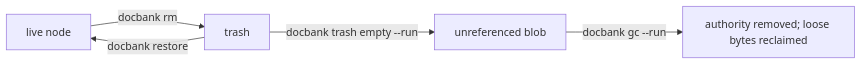
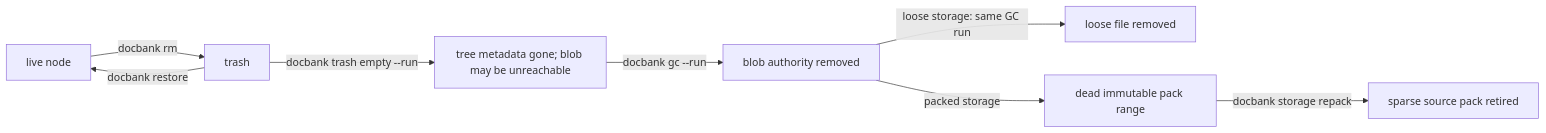
One commit to kenn-io/docbank changed the diagram in docs/usage/trash-and-gc.md. Above: the diagram before and after it, drawn with Mermaid. The commit also changed other lines of this file and 13 other files, not shown here.

````diff
--- a/docs/usage/trash-and-gc.md
+++ b/docs/usage/trash-and-gc.md
@@ -12,7 +13,10 @@
 ```mermaid
 flowchart LR
     A[live node] -- "docbank rm" --> B[trash]
     B -- "docbank restore" --> A
-    B -- "docbank trash empty --run" --> C[unreferenced blob]
-    C -- "docbank gc --run" --> D[authority removed; loose bytes reclaimed]
+    B -- "docbank trash empty --run" --> C[tree metadata gone; blob may be unreachable]
+    C -- "docbank gc --run" --> D[blob authority removed]
+    D -- "loose storage: same GC run" --> E[loose file removed]
+    D -- "packed storage" --> F[dead immutable pack range]
+    F -- "docbank storage repack" --> G[sparse source pack retired]
 ```
````
